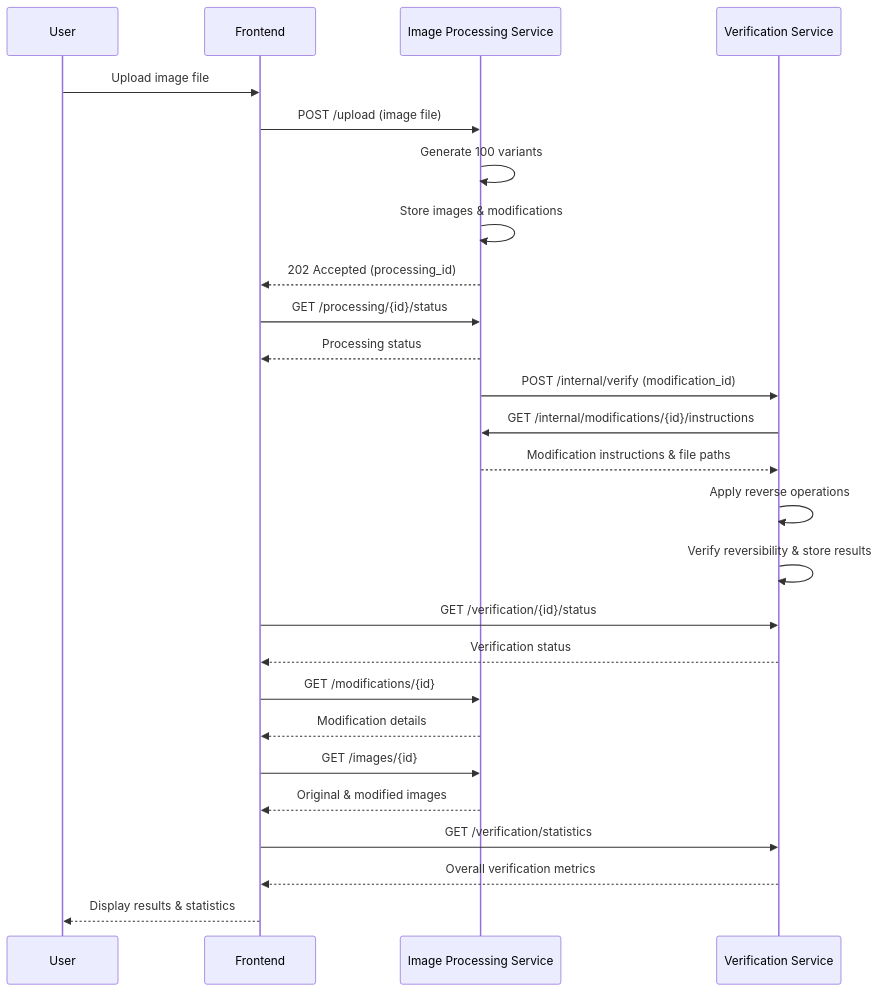
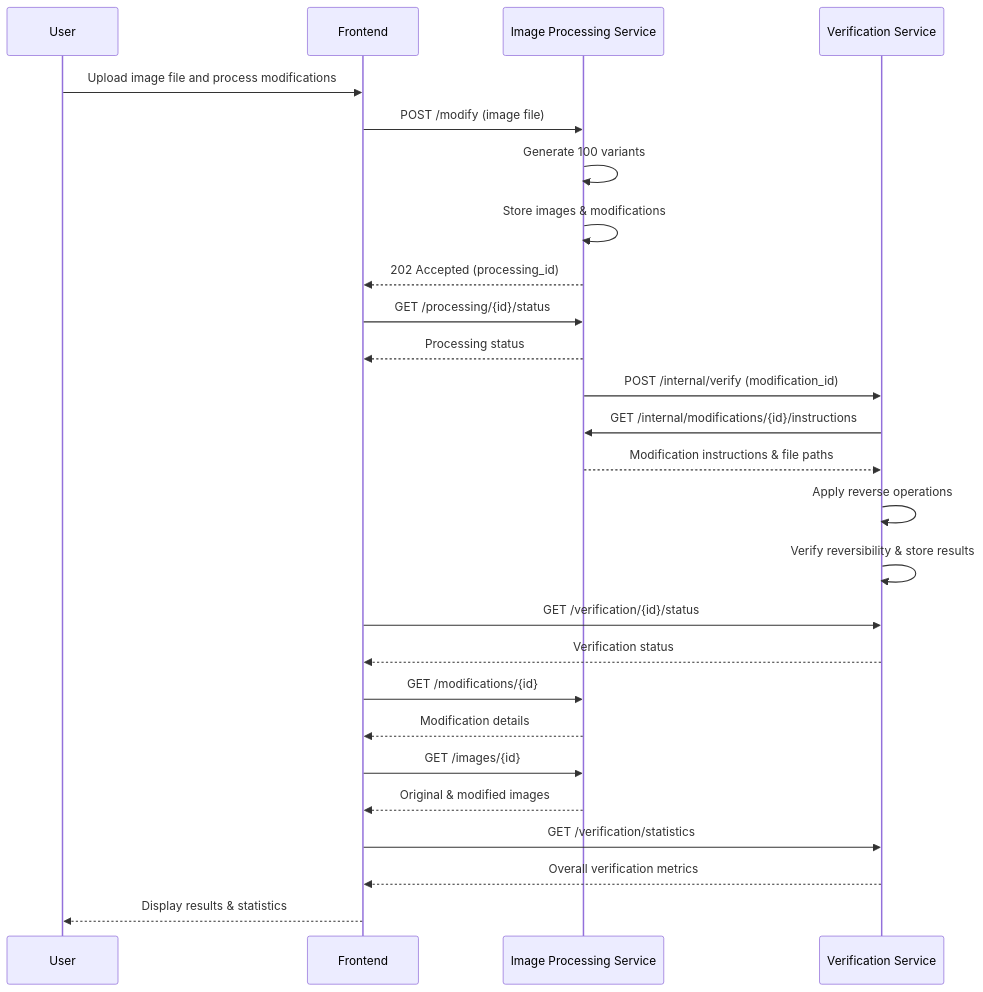
One commit to dabolichin/ligence_task changed the diagram in SRS.md. Above: the diagram before and after it, drawn with Mermaid. The commit also changed other lines of this file and 20 other files, not shown here.

````diff
--- a/SRS.md
+++ b/SRS.md
@@ -159,36 +163,36 @@
 ```mermaid
 sequenceDiagram
     participant U as User
     participant F as Frontend
     participant IPS as Image Processing Service
     participant VS as Verification Service
 
-    U->>F: Upload image file
-    F->>IPS: POST /upload (image file)
+    U->>F: Upload image file and process modifications
+    F->>IPS: POST /modify (image file)
     IPS->>IPS: Generate 100 variants
     IPS->>IPS: Store images & modifications
     IPS-->>F: 202 Accepted (processing_id)
 
     F->>IPS: GET /processing/{id}/status
     IPS-->>F: Processing status
 
     IPS->>VS: POST /internal/verify (modification_id)
     VS->>IPS: GET /internal/modifications/{id}/instructions
     IPS-->>VS: Modification instructions & file paths
     VS->>VS: Apply reverse operations
     VS->>VS: Verify reversibility & store results
 
     F->>VS: GET /verification/{id}/status
     VS-->>F: Verification status
 
     F->>IPS: GET /modifications/{id}
     IPS-->>F: Modification details
 
     F->>IPS: GET /images/{id}
     IPS-->>F: Original & modified images
 
     F->>VS: GET /verification/statistics
     VS-->>F: Overall verification metrics
 
     F-->>U: Display results & statistics
 ```
````
